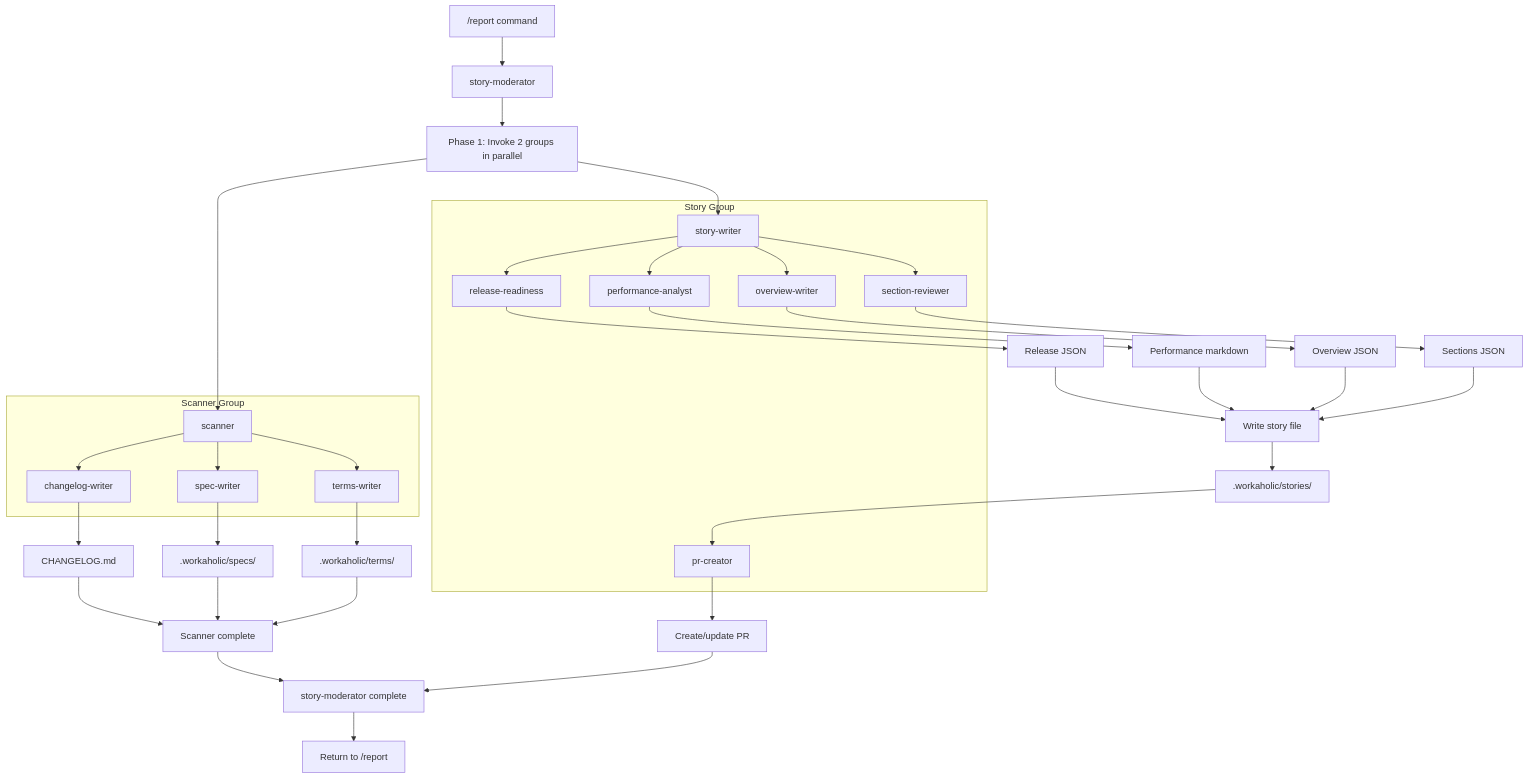
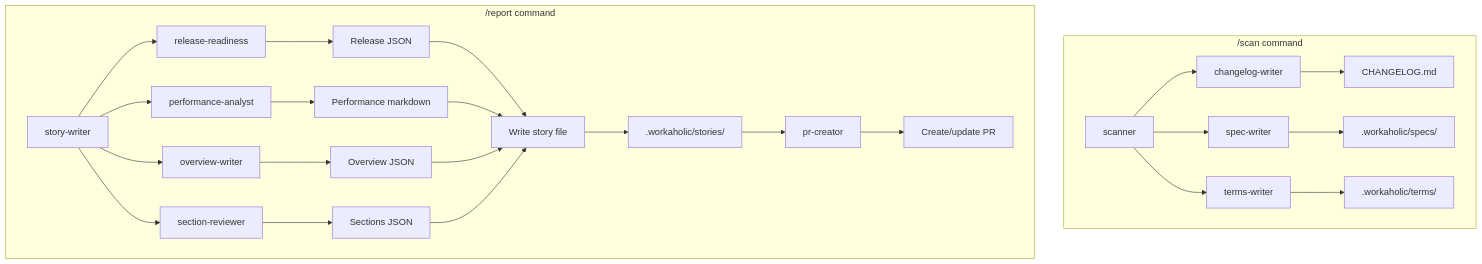
One commit to qmu/workaholic changed the seventh of 7 diagrams in .workaholic/specs/architecture.md. Above: the diagram before and after it, drawn with Mermaid. The commit also changed other lines of this file and 16 other files, not shown here.

First line of the commit message:
Extract /scan Command from /report

````diff
--- a/.workaholic/specs/architecture.md
+++ b/.workaholic/specs/architecture.md
@@ -374,52 +397,40 @@
 ```mermaid
 flowchart TD
-    A["/report command"] --> SM[story-moderator]
-
-    SM --> P1[Phase 1: Invoke 2 groups in parallel]
-
-    subgraph Scanner Group
+    subgraph scan["/scan command"]
         SC[scanner]
         D[changelog-writer]
         F[spec-writer]
         G[terms-writer]
+
+        SC --> D & F & G
+
+        D --> H[CHANGELOG.md]
+        F --> J[.workaholic/specs/]
+        G --> K[.workaholic/terms/]
     end
 
-    subgraph Story Group
+    subgraph report["/report command"]
         SW[story-writer]
         RR[release-readiness]
         PA[performance-analyst]
         OW[overview-writer]
         SR[section-reviewer]
         PC[pr-creator]
+
+        SW --> RR & PA & OW & SR
+
+        RR --> RL[Release JSON]
+        PA --> PM[Performance markdown]
+        OW --> OJ[Overview JSON]
+        SR --> SJ[Sections JSON]
+
+        RL --> P3[Write story file]
+        PM --> P3
+        OJ --> P3
+        SJ --> P3
+
+        P3 --> I[.workaholic/stories/]
+        I --> PC
+        PC --> N[Create/update PR]
     end
-
-    P1 --> SC
-    P1 --> SW
-
-    SC --> D & F & G
-    SW --> RR & PA & OW & SR
-
-    D --> H[CHANGELOG.md]
-    F --> J[.workaholic/specs/]
-    G --> K[.workaholic/terms/]
-    RR --> RL[Release JSON]
-    PA --> PM[Performance markdown]
-    OW --> OJ[Overview JSON]
-    SR --> SJ[Sections JSON]
-
-    H --> P2[Scanner complete]
-    J --> P2
-    K --> P2
-    RL --> P3[Write story file]
-    PM --> P3
-    OJ --> P3
-    SJ --> P3
-
-    P3 --> I[.workaholic/stories/]
-    I --> PC
-    PC --> N[Create/update PR]
-
-    P2 --> SM2[story-moderator complete]
-    N --> SM2
-    SM2 --> L[Return to /report]
 ```
````
